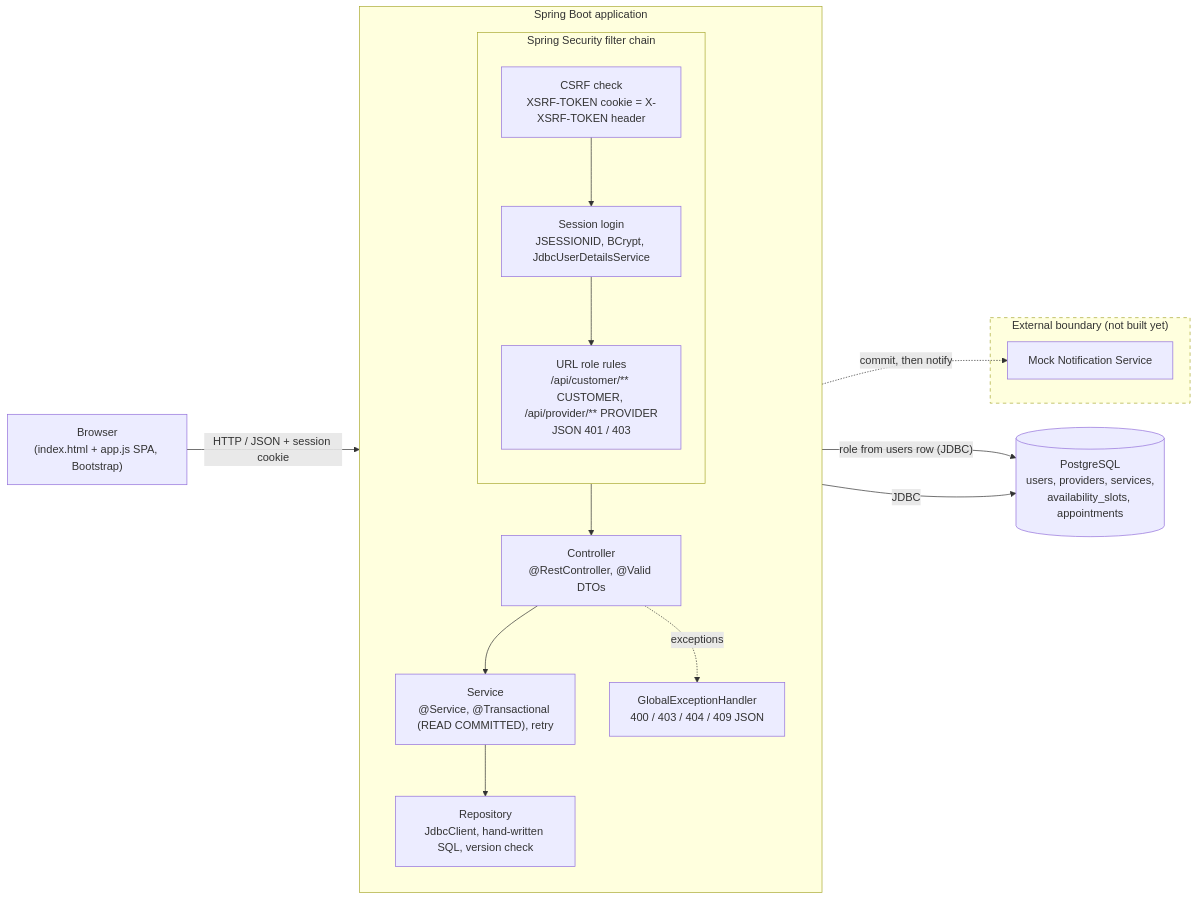
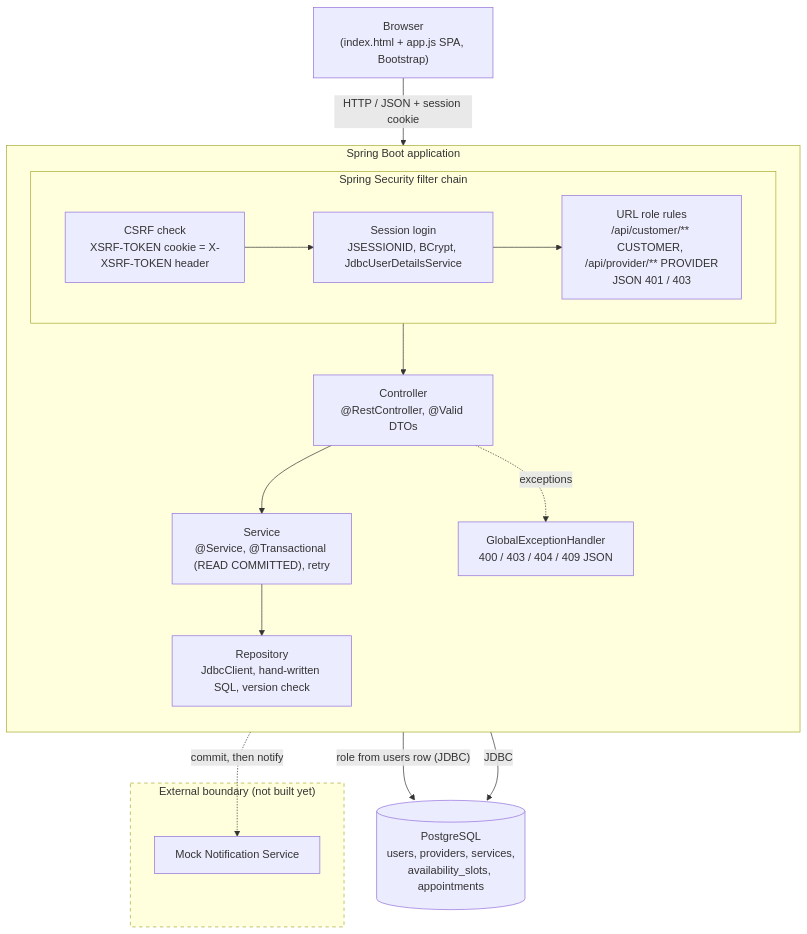
One commit to c-banh-mi/cmpe172-interview-scheduler changed the diagram in docs/block-diagram.mmd. Above: the diagram before and after it, drawn with Mermaid. The commit also changed 1 other file, not shown here.

Commit message:
Lay out the block diagram top to bottom so it stays readable at report page width

```diff
--- a/docs/block-diagram.mmd
+++ b/docs/block-diagram.mmd
@@ -1,32 +1,32 @@
-flowchart LR
+flowchart TB
     browser["Browser<br/>(index.html + app.js SPA, Bootstrap)"]
 
     subgraph app["Spring Boot application"]
         direction TB
         subgraph security["Spring Security filter chain"]
-            direction TB
+            direction LR
             csrf["CSRF check<br/>XSRF-TOKEN cookie = X-XSRF-TOKEN header"]
             session["Session login<br/>JSESSIONID, BCrypt, JdbcUserDetailsService"]
             rbac["URL role rules<br/>/api/customer/** CUSTOMER, /api/provider/** PROVIDER<br/>JSON 401 / 403"]
             csrf --> session --> rbac
         end
         controller["Controller<br/>@RestController, @Valid DTOs"]
         service["Service<br/>@Service, @Transactional (READ COMMITTED), retry"]
         repository["Repository<br/>JdbcClient, hand-written SQL, version check"]
         handler["GlobalExceptionHandler<br/>400 / 403 / 404 / 409 JSON"]
         rbac --> controller --> service --> repository
         controller -. "exceptions" .-> handler
     end
 
     db[("PostgreSQL<br/>users, providers, services,<br/>availability_slots, appointments")]
 
     subgraph external["External boundary (not built yet)"]
         notify["Mock Notification Service"]
     end
 
     browser -- "HTTP / JSON + session cookie" --> csrf
     session -- "role from users row (JDBC)" --> db
     repository -- "JDBC" --> db
     service -. "commit, then notify" .-> notify
 
     style external stroke-dasharray: 5 5
```
